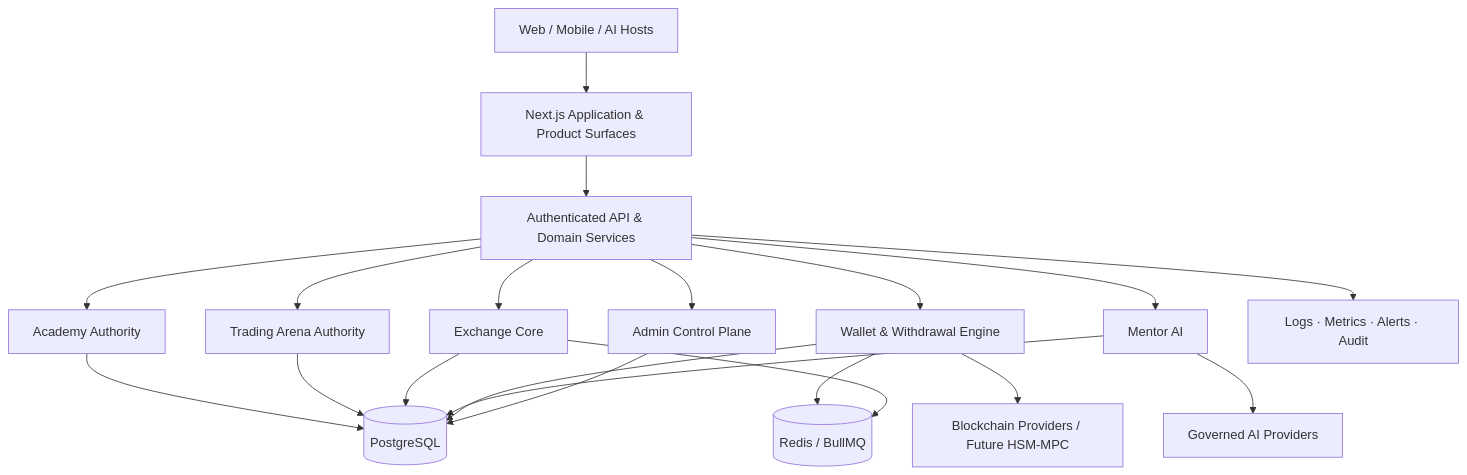
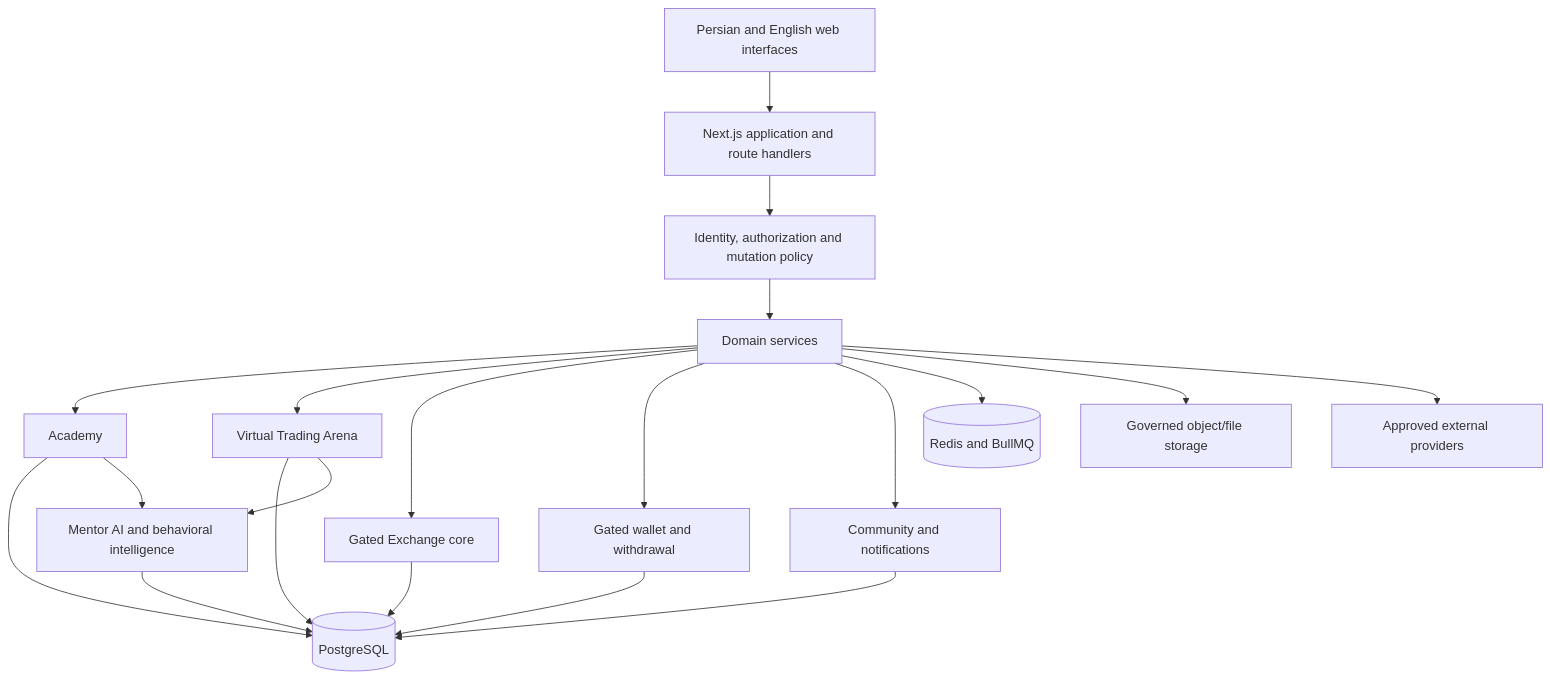
The diagram in README.md (tecpey/Tecpey-Os), drawn with Mermaid before and after one commit. The commit also changed other lines of this file, not shown here.

Commit message:
docs(readme): expand product architecture and launch guidance

````diff
--- a/README.md
+++ b/README.md
@@ -96,25 +157,25 @@
 ```mermaid
 flowchart TB
-    U[Web / Mobile / AI Hosts] --> APP[Next.js Application & Product Surfaces]
-    APP --> API[Authenticated API & Domain Services]
+    UI[Persian and English web interfaces] --> APP[Next.js application and route handlers]
+    APP --> AUTH[Identity, authorization and mutation policy]
+    AUTH --> DOMAINS[Domain services]
 
-    API --> ACADEMY[Academy Authority]
-    API --> ARENA[Trading Arena Authority]
-    API --> EXCHANGE[Exchange Core]
-    API --> WALLET[Wallet & Withdrawal Engine]
-    API --> MENTOR[Mentor AI]
-    API --> ADMIN[Admin Control Plane]
+    DOMAINS --> ACADEMY[Academy]
+    DOMAINS --> ARENA[Virtual Trading Arena]
+    DOMAINS --> EXCHANGE[Gated Exchange core]
+    DOMAINS --> WALLET[Gated wallet and withdrawal]
+    DOMAINS --> COMMUNITY[Community and notifications]
 
     ACADEMY --> PG[(PostgreSQL)]
     ARENA --> PG
     EXCHANGE --> PG
     WALLET --> PG
+    COMMUNITY --> PG
+    DOMAINS --> REDIS[(Redis and BullMQ)]
+    DOMAINS --> STORAGE[Governed object/file storage]
+    DOMAINS --> PROVIDERS[Approved external providers]
+
+    ACADEMY --> MENTOR[Mentor AI and behavioral intelligence]
+    ARENA --> MENTOR
     MENTOR --> PG
-    ADMIN --> PG
-
-    WALLET --> REDIS[(Redis / BullMQ)]
-    EXCHANGE --> REDIS
-    API --> OBS[Logs · Metrics · Alerts · Audit]
-    WALLET --> CHAINS[Blockchain Providers / Future HSM-MPC]
-    MENTOR --> AI[Governed AI Providers]
 ```
````
